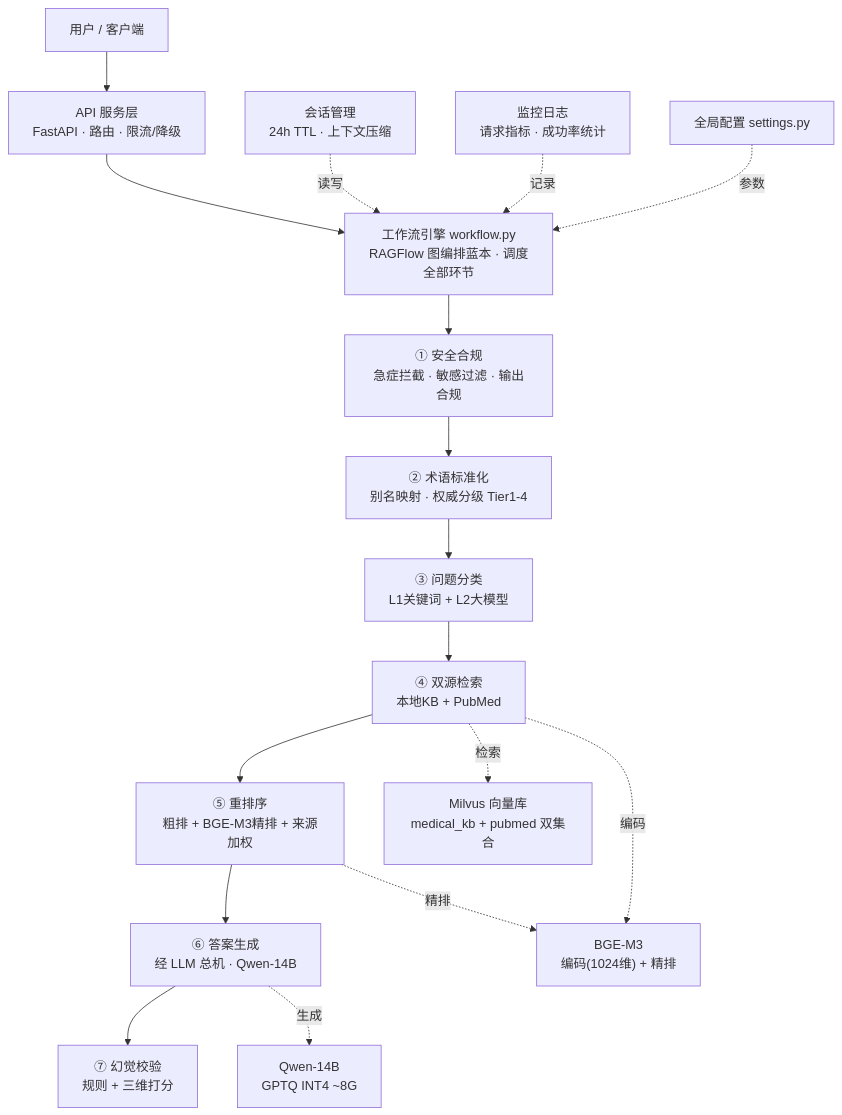
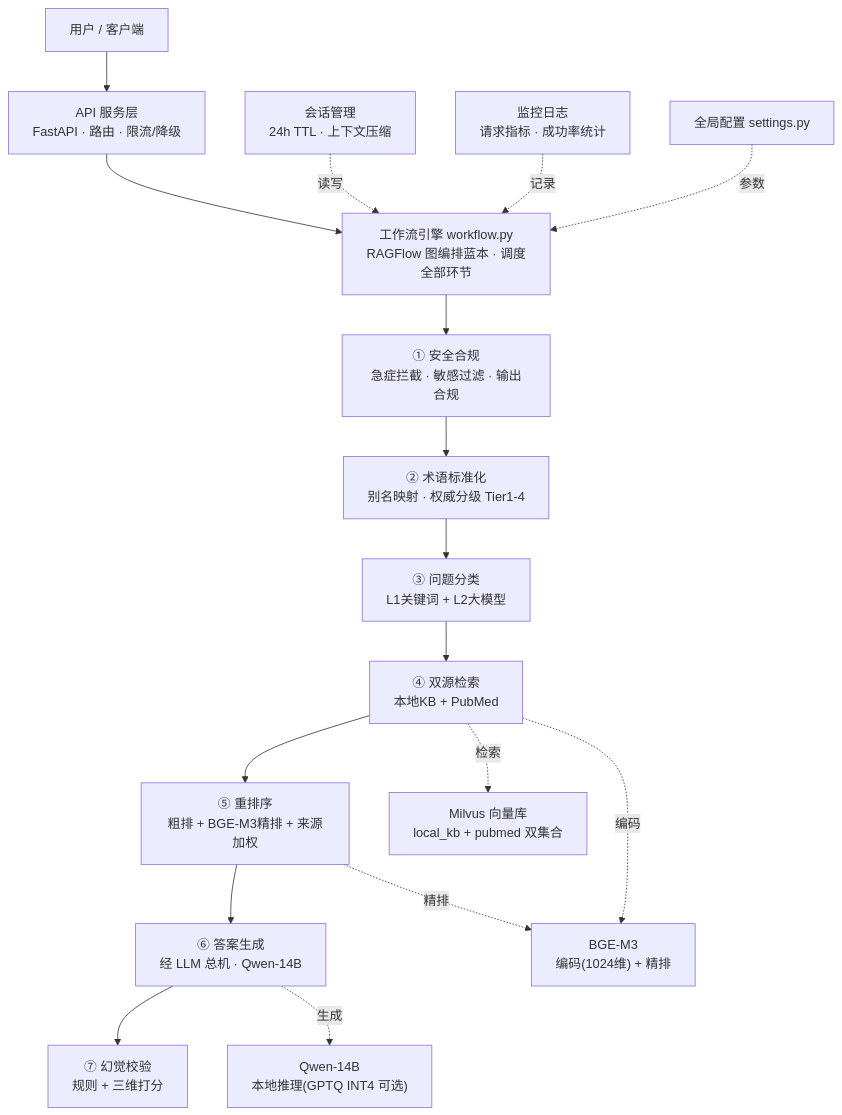
The diagram in README.md (shifeng-yu/medical-rag-agent), drawn with Mermaid before and after one commit. The commit also changed other lines of this file and 5 other files, not shown here.

````diff
--- a/README.md
+++ b/README.md
@@ -27,32 +27,32 @@
 ```mermaid
 flowchart TB
     U["用户 / 客户端"] --> API["API 服务层<br/>FastAPI · 路由 · 限流/降级"]
     API --> WF["工作流引擎 workflow.py<br/>RAGFlow 图编排蓝本 · 调度全部环节"]
 
     S1["① 安全合规<br/>急症拦截 · 敏感过滤 · 输出合规"]
     S2["② 术语标准化<br/>别名映射 · 权威分级 Tier1-4"]
     S3["③ 问题分类<br/>L1关键词 + L2大模型"]
     S4["④ 双源检索<br/>本地KB + PubMed"]
     S5["⑤ 重排序<br/>粗排 + BGE-M3精排 + 来源加权"]
     S6["⑥ 答案生成<br/>经 LLM 总机 · Qwen-14B"]
     S7["⑦ 幻觉校验<br/>规则 + 三维打分"]
 
     WF --> S1 --> S2 --> S3 --> S4 --> S5 --> S6 --> S7
 
-    MILVUS["Milvus 向量库<br/>medical_kb + pubmed 双集合"]
+    MILVUS["Milvus 向量库<br/>local_kb + pubmed 双集合"]
     BGE["BGE-M3<br/>编码(1024维) + 精排"]
-    QWEN["Qwen-14B<br/>GPTQ INT4 ~8G"]
+    QWEN["Qwen-14B<br/>本地推理(GPTQ INT4 可选)"]
 
     S4 -. 检索 .-> MILVUS
     S4 -. 编码 .-> BGE
     S5 -. 精排 .-> BGE
     S6 -. 生成 .-> QWEN
 
     SESS["会话管理<br/>24h TTL · 上下文压缩"]
     MON["监控日志<br/>请求指标 · 成功率统计"]
     CFG["全局配置 settings.py"]
 
     SESS -. 读写 .-> WF
     MON -. 记录 .-> WF
     CFG -. 参数 .-> WF
 ```
````
